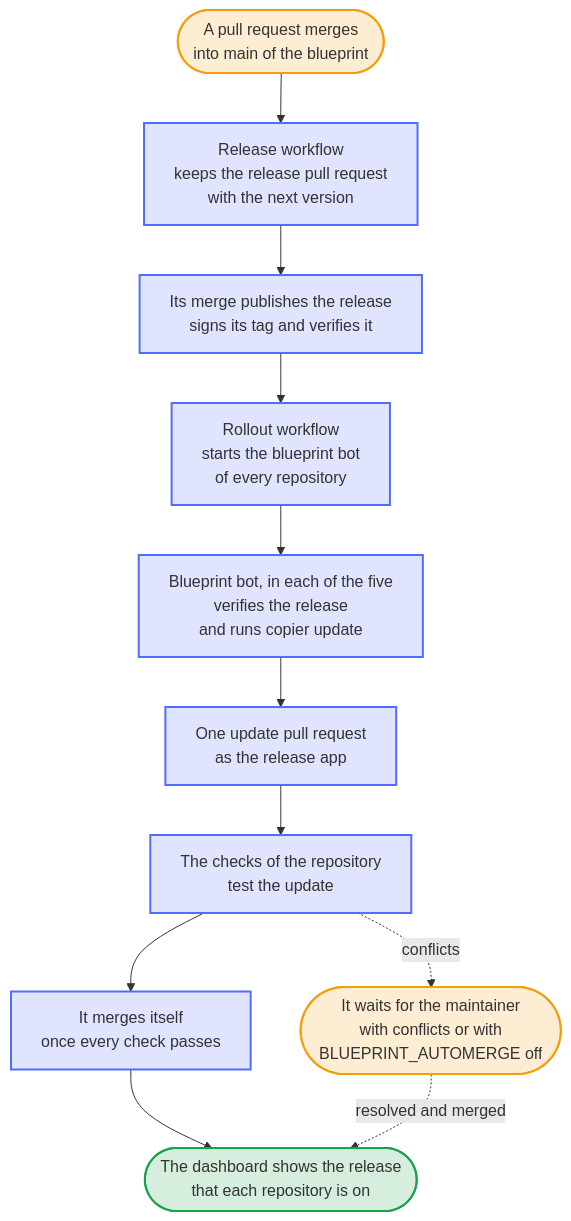
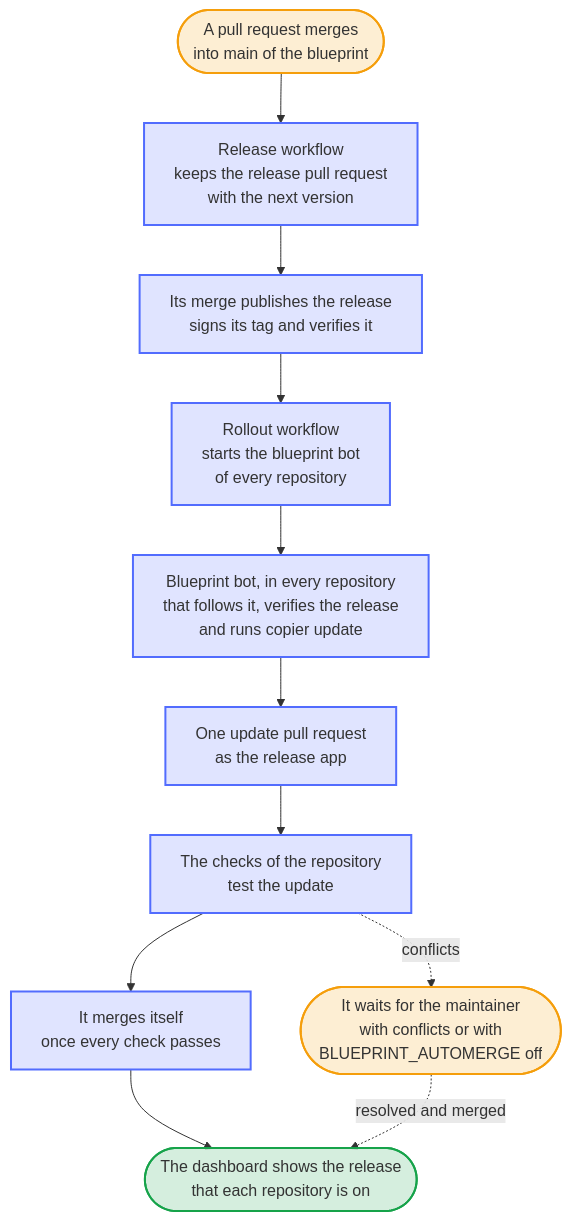
One commit to Dennis-Otto/repo-blueprint changed the diagram in docs/diagrams/the-path-of-a-release.mmd. Above: the diagram before and after it, drawn with Mermaid. The commit also changed 36 other files, not shown here.

First line of the commit message:
feat: one registry of the repositories that follow the blueprint, for the Rollout, the canaries and the showcase (#457)

```diff
--- a/docs/diagrams/the-path-of-a-release.mmd
+++ b/docs/diagrams/the-path-of-a-release.mmd
@@ -1,31 +1,31 @@
 ---
 config:
   flowchart:
     wrappingWidth: 400
 ---
 flowchart TB
     accTitle: The path of a release of the blueprint
-    accDescr: A pull request merges into main of the blueprint, and the Release workflow keeps the release pull request with the next version. Its merge, by the maintainer or by itself when it holds only updates, publishes the release with a signed tag and verifies it. The Rollout workflow then starts the blueprint bot of every repository that takes the blueprint, five today. Each bot verifies the release, runs copier update and keeps one update pull request as the release app, so that the checks of the repository run. Without conflicts it merges itself once they pass; with conflicts, or with BLUEPRINT_AUTOMERGE set to off, it waits for the maintainer. The dashboard shows the release of the blueprint that each repository is on.
+    accDescr: A pull request merges into main of the blueprint, and the Release workflow keeps the release pull request with the next version. Its merge, by the maintainer or by itself when it holds only updates, publishes the release with a signed tag and verifies it. The Rollout workflow then starts the blueprint bot of every repository that takes the blueprint. Each bot verifies the release, runs copier update and keeps one update pull request as the release app, so that the checks of the repository run. Without conflicts it merges itself once they pass; with conflicts, or with BLUEPRINT_AUTOMERGE set to off, it waits for the maintainer. The dashboard shows the release of the blueprint that each repository is on.
 
     merge(["A pull request merges<br>into main of the blueprint"])
     release["Release workflow<br>keeps the release pull request<br>with the next version"]
     publish["Its merge publishes the release<br>signs its tag and verifies it"]
     rollout["Rollout workflow<br>starts the blueprint bot<br>of every repository"]
-    bot["Blueprint bot, in each of the five<br>verifies the release<br>and runs copier update"]
+    bot["Blueprint bot, in every repository<br>that follows it, verifies the release<br>and runs copier update"]
     pull["One update pull request<br>as the release app"]
     checks["The checks of the repository<br>test the update"]
     merged["It merges itself<br>once every check passes"]
     wait(["It waits for the maintainer<br>with conflicts or with<br>BLUEPRINT_AUTOMERGE off"])
     dashboard(["The dashboard shows the release<br>that each repository is on"])
 
     merge --> release --> publish --> rollout --> bot --> pull --> checks
     checks --> merged --> dashboard
     checks -. "conflicts" .-> wait
     wait -. "resolved and merged" .-> dashboard
 
     classDef bot fill:#526cfe2e,stroke:#526cfe,stroke-width:2px
     classDef person fill:#f59e0b2e,stroke:#f59e0b,stroke-width:2px
     classDef done fill:#16a34a2e,stroke:#16a34a,stroke-width:2px
     class release,publish,rollout,bot,pull,checks,merged bot
     class merge,wait person
     class dashboard done
```
